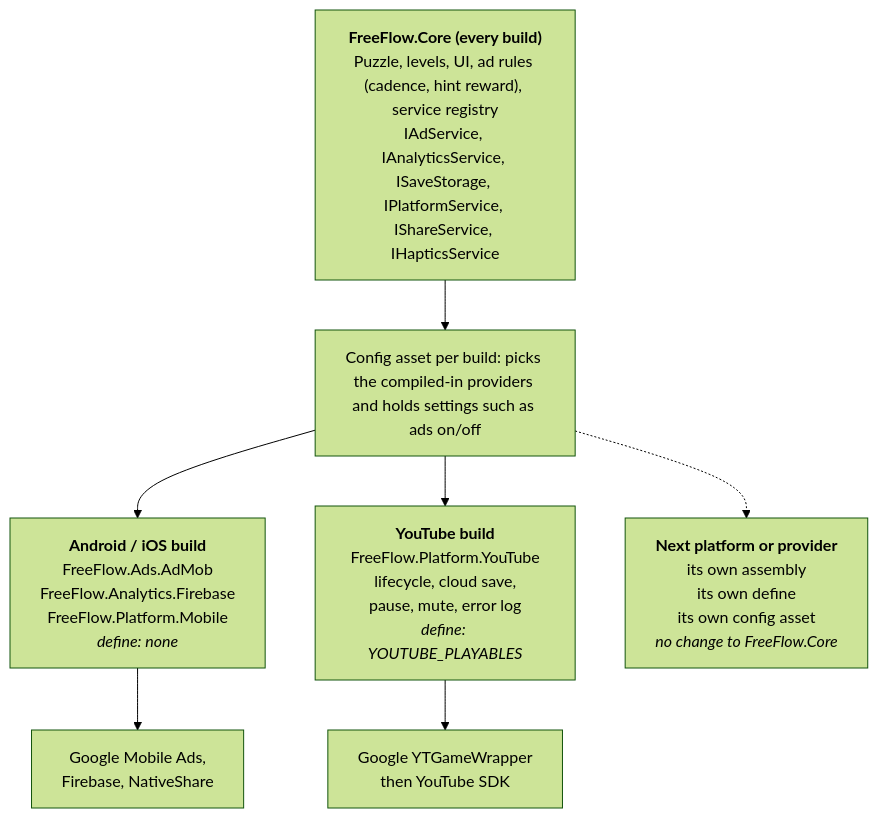
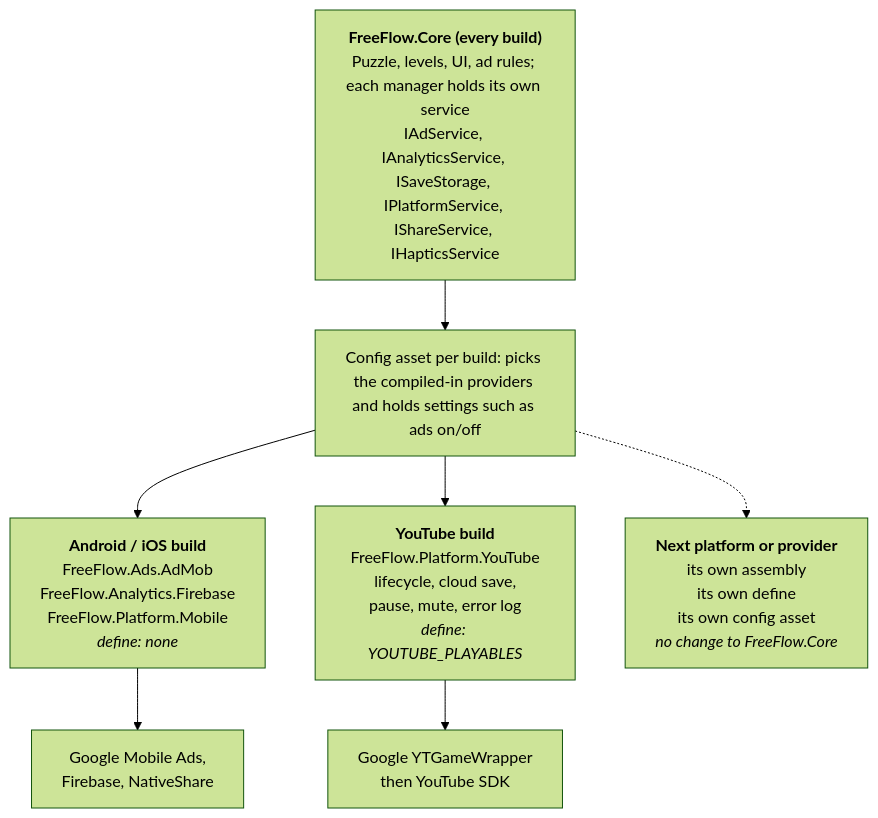
One commit to umeshlahudkar/FreeFlow changed the diagram in Docs/YOUTUBE_PLAYABLES_PLAN.md. Above: the diagram before and after it, drawn with Mermaid (forest theme). The commit also changed other lines of this file and 205 other files, not shown here.

````diff
--- a/Docs/YOUTUBE_PLAYABLES_PLAN.md
+++ b/Docs/YOUTUBE_PLAYABLES_PLAN.md
@@ -136,17 +192,17 @@
 ```mermaid
 flowchart TD
-    core["<b>FreeFlow.Core (every build)</b><br/>Puzzle, levels, UI, ad rules (cadence, hint reward), service registry<br/>IAdService, IAnalyticsService, ISaveStorage, IPlatformService, IShareService, IHapticsService"]
+    core["<b>FreeFlow.Core (every build)</b><br/>Puzzle, levels, UI, ad rules; each manager holds its own service<br/>IAdService, IAnalyticsService, ISaveStorage, IPlatformService, IShareService, IHapticsService"]
     config["Config asset per build: picks the compiled-in providers and holds settings such as ads on/off"]
     android["<b>Android / iOS build</b><br/>FreeFlow.Ads.AdMob<br/>FreeFlow.Analytics.Firebase<br/>FreeFlow.Platform.Mobile<br/><i>define: none</i>"]
     youtube["<b>YouTube build</b><br/>FreeFlow.Platform.YouTube<br/>lifecycle, cloud save,<br/>pause, mute, error log<br/><i>define: YOUTUBE_PLAYABLES</i>"]
     future["<b>Next platform or provider</b><br/>its own assembly<br/>its own define<br/>its own config asset<br/><i>no change to FreeFlow.Core</i>"]
     msdk["Google Mobile Ads,<br/>Firebase, NativeShare"]
     ysdk["Google YTGameWrapper<br/>then YouTube SDK"]
 
     core --> config
     config --> android
     config --> youtube
     config -.-> future
     android --> msdk
     youtube --> ysdk
 ```
````
